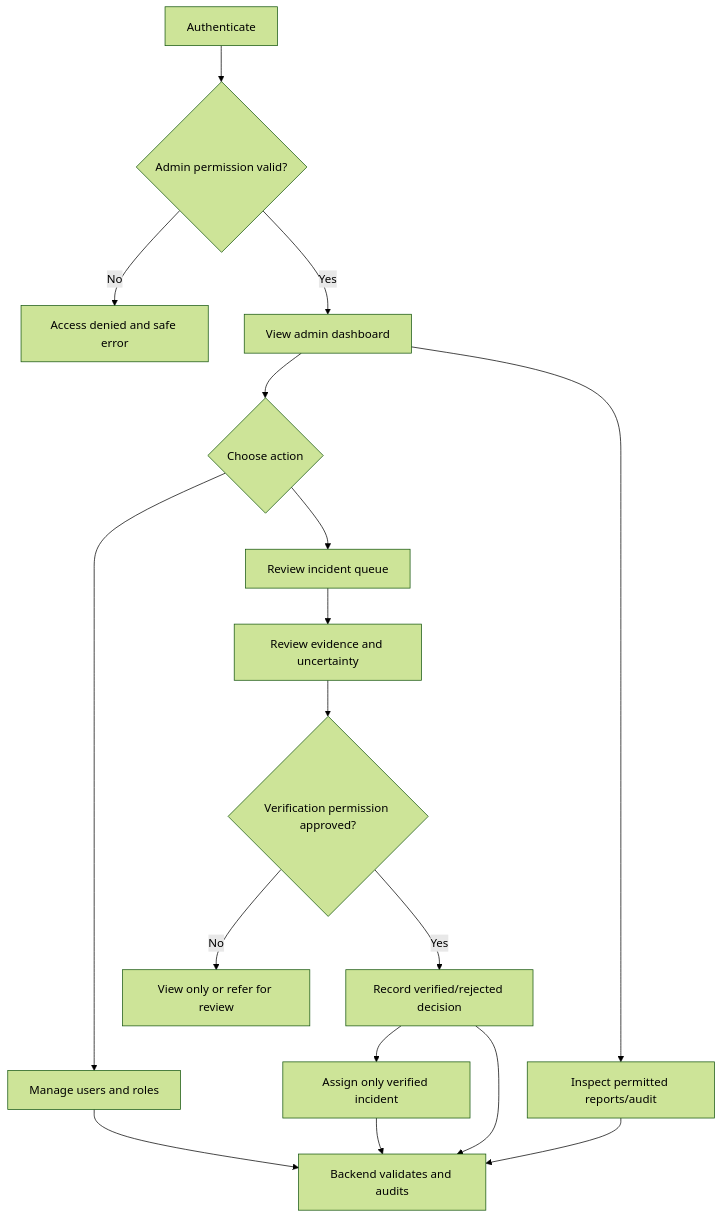
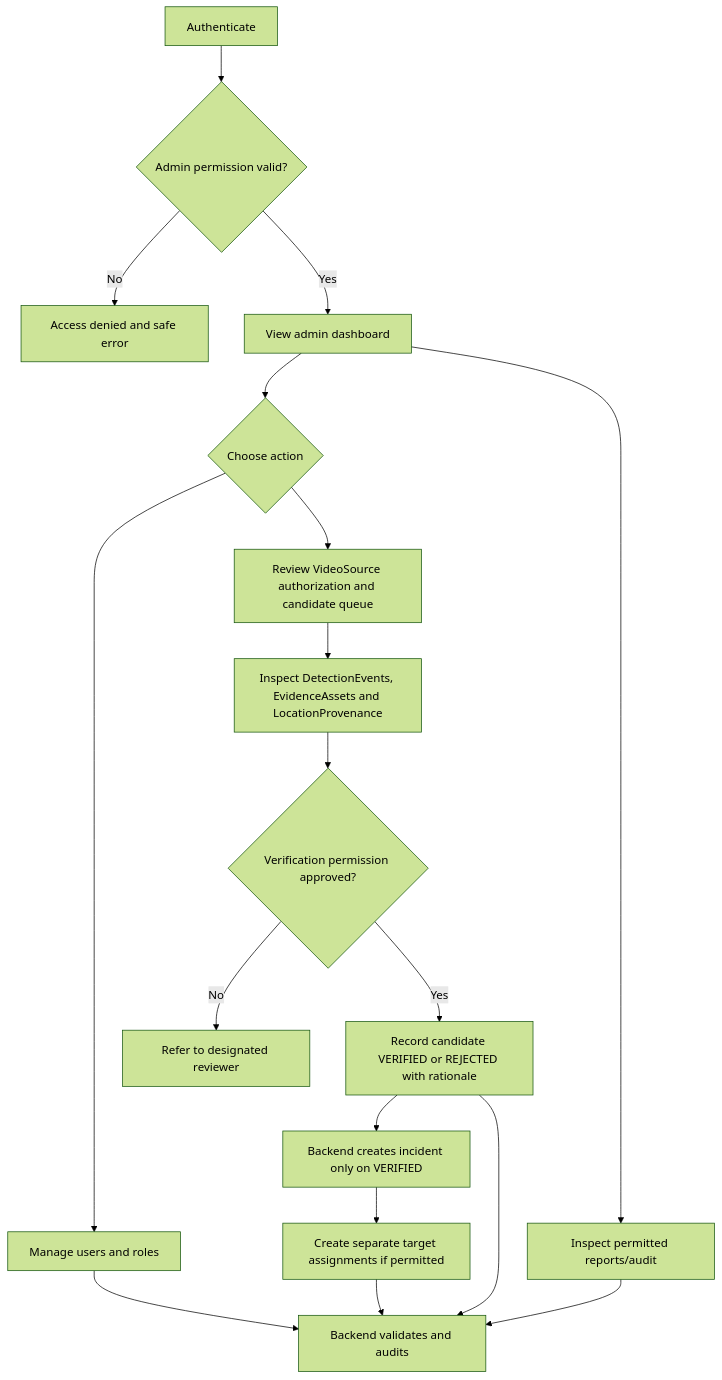
One commit to rajatchouksey615-alt/ResQVision changed the diagram in docs/workflows/user_role_workflows.md. Above: the diagram before and after it, drawn with Mermaid (forest theme). The commit also changed other lines of this file and 35 other files, not shown here.

Commit message:
docs: refine system architecture and response workflows

```diff
--- a/docs/workflows/user_role_workflows.md
+++ b/docs/workflows/user_role_workflows.md
@@ -15,19 +15,20 @@
 ~~~mermaid
 flowchart TD
     A[Authenticate] --> B{Admin permission valid?}
     B -- No --> X[Access denied and safe error]
     B -- Yes --> C[View admin dashboard]
     C --> D{Choose action}
     D --> E[Manage users and roles]
-    D --> F[Review incident queue]
-    F --> G[Review evidence and uncertainty]
+    D --> F[Review VideoSource authorization and candidate queue]
+    F --> G[Inspect DetectionEvents, EvidenceAssets and LocationProvenance]
     G --> H{Verification permission approved?}
-    H -- No --> I[View only or refer for review]
-    H -- Yes --> J[Record verified/rejected decision]
-    J --> K[Assign only verified incident]
-    C --> L[Inspect permitted reports/audit]
-    E --> M[Backend validates and audits]
-    J --> M
-    K --> M
-    L --> M
+    H -- No --> I[Refer to designated reviewer]
+    H -- Yes --> J[Record candidate VERIFIED or REJECTED with rationale]
+    J --> K[Backend creates incident only on VERIFIED]
+    K --> L[Create separate target assignments if permitted]
+    C --> M[Inspect permitted reports/audit]
+    E --> Z[Backend validates and audits]
+    J --> Z
+    L --> Z
+    M --> Z
 ~~~
```
